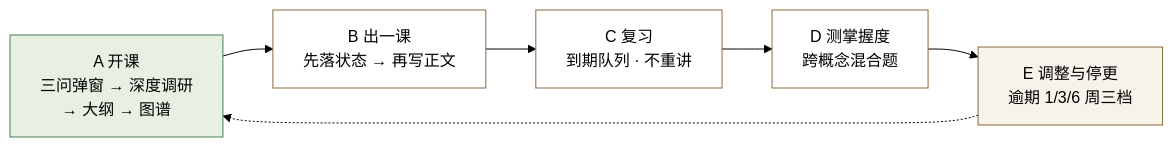
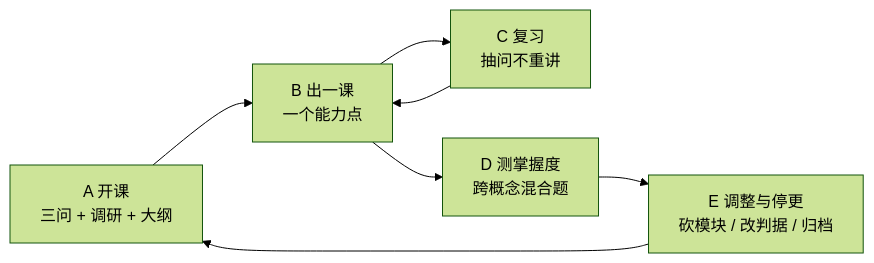
One commit to Asaceoo/learn-system-skills changed the second of 5 diagrams in README.md. Above: the diagram before and after it, drawn with Mermaid (forest theme). The commit also changed other lines of this file and 10 other files, not shown here.

First line of the commit message:
learn-system v0.8.7: 第十轮对抗性审查（图型语法 + 坐标库）

````diff
--- a/README.md
+++ b/README.md
@@ -51,13 +43,9 @@
 ```mermaid
-graph LR
-    A["A 开课<br/>三问弹窗 → 深度调研<br/>→ 大纲 → 图谱"] --> B["B 出一课<br/>先落状态 → 再写正文"]
-    B --> C["C 复习<br/>到期队列 · 不重讲"]
-    C --> D["D 测掌握度<br/>跨概念混合题"]
-    D --> E["E 调整与停更<br/>逾期 1/3/6 周三档"]
-    E -.-> A
-    style A fill:#e8f0e4,stroke:#4a7c59
-    style B fill:#fff,stroke:#8a6a3d
-    style C fill:#fff,stroke:#8a6a3d
-    style D fill:#fff,stroke:#8a6a3d
-    style E fill:#f6f3ea,stroke:#8a6a3d
+flowchart LR
+    A["A 开课<br/>三问 + 调研 + 大纲"] --> B["B 出一课<br/>一个能力点"]
+    B --> C["C 复习<br/>抽问不重讲"]
+    B --> D["D 测掌握度<br/>跨概念混合题"]
+    C --> B
+    D --> E["E 调整与停更<br/>砍模块 / 改判据 / 归档"]
+    E --> A
 ```
````
